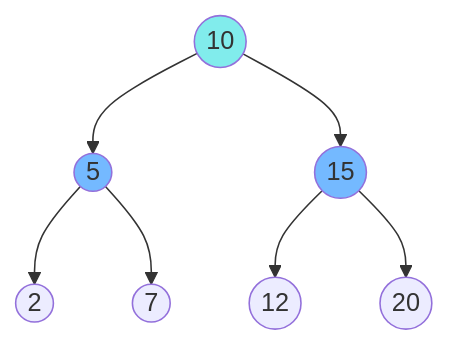
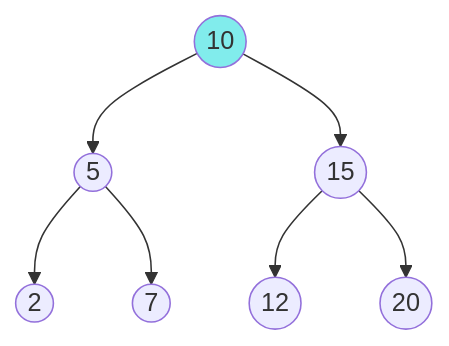
One commit to srinivasboini/interview-prep changed the diagram in algorithms/algorithms/07-trees-bst.md. Above: the diagram before and after it, drawn with Mermaid. The commit also changed other lines of this file and 50 other files, not shown here.

````diff
--- a/algorithms/algorithms/07-trees-bst.md
+++ b/algorithms/algorithms/07-trees-bst.md
@@ -37,13 +45,11 @@
 ```mermaid
 graph TD
     A((10)) --> B((5))
     A --> C((15))
     B --> D((2))
     B --> E((7))
     C --> F((12))
     C --> G((20))
     
     style A fill:#81ecec
-    style B fill:#74b9ff
-    style C fill:#74b9ff
 ```
````
